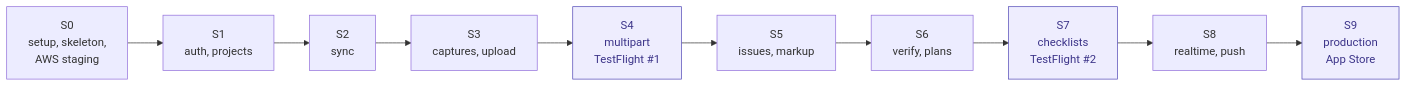
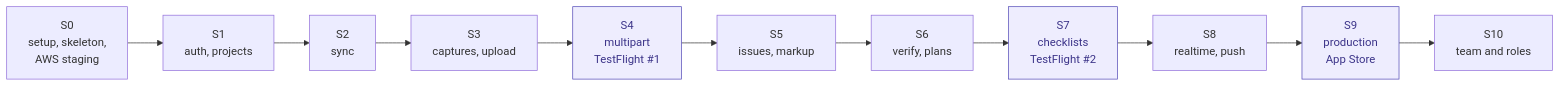
Before and after one commit to DAMHONGDUC/site-log-be: the first of 2 diagrams in docs/feature-guide/README.md, drawn with Mermaid. The commit also changed other lines of this file, not shown here.

Commit message:
docs: update docs - detail is team and roles · README.md (3/5)
Part 3 of 5 of "docs: update docs - detail is team and roles".

- docs/feature-guide/README.md

Adds the team and roles spec (one company, four roles, invitations, project access), the F19 guide and sprint S10, the team API, tables and sync scope, and issues.assignee_uid.

````diff
--- a/docs/feature-guide/README.md
+++ b/docs/feature-guide/README.md
@@ -27,15 +27,16 @@
 ```mermaid
 flowchart LR
     S0["S0<br/>setup, skeleton,<br/>AWS staging"] --> S1["S1<br/>auth, projects"]
     S1 --> S2["S2<br/>sync"]
     S2 --> S3["S3<br/>captures, upload"]
     S3 --> S4["S4<br/>multipart<br/>TestFlight #1"]
     S4 --> S5["S5<br/>issues, markup"]
     S5 --> S6["S6<br/>verify, plans"]
     S6 --> S7["S7<br/>checklists<br/>TestFlight #2"]
     S7 --> S8["S8<br/>realtime, push"]
     S8 --> S9["S9<br/>production<br/>App Store"]
+    S9 --> S10["S10<br/>team and roles"]
 
     classDef ship fill:#EEEDFE,stroke:#534AB7,color:#3C3489
     class S4,S7,S9 ship
 ```
````
